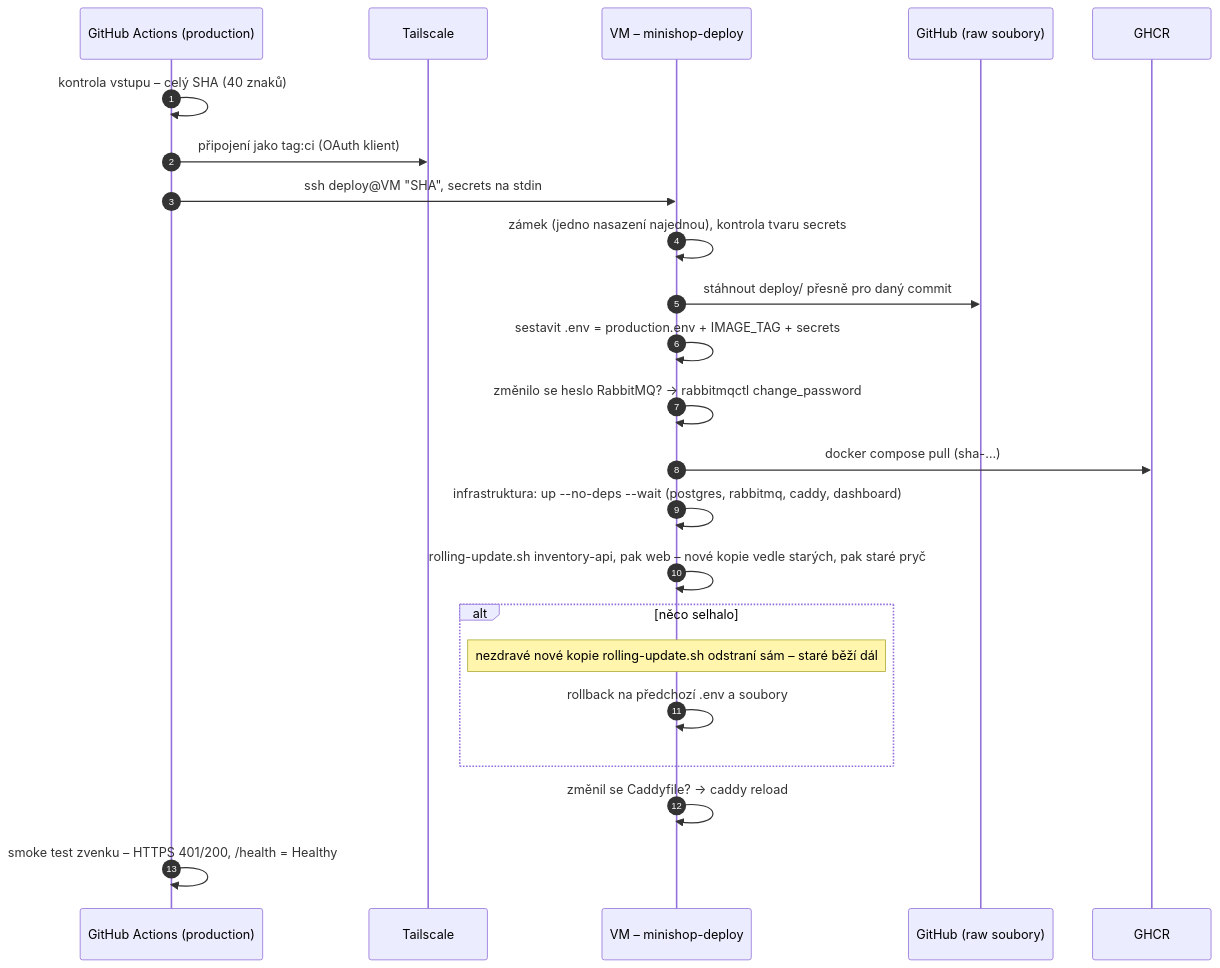
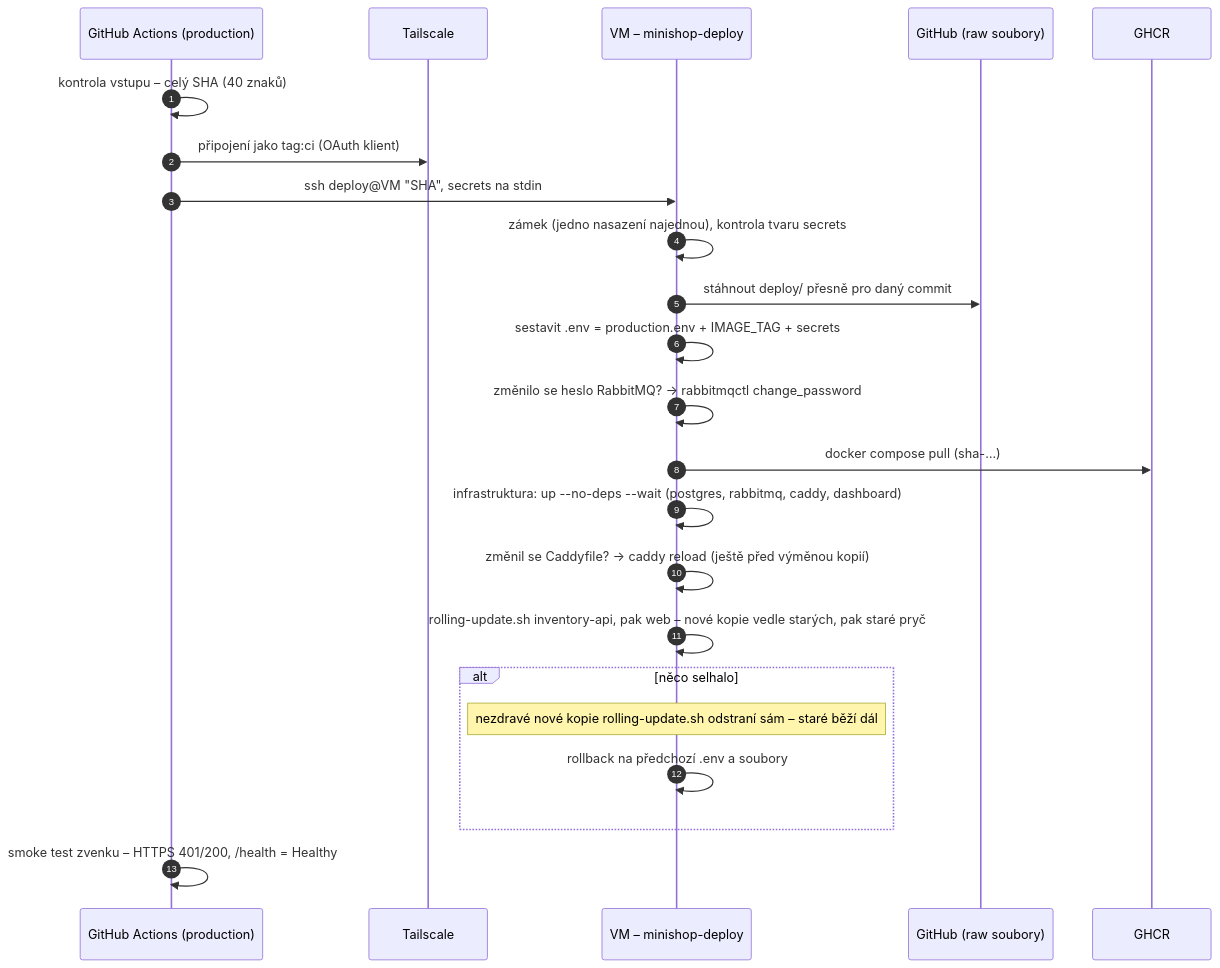
One commit to ftichy/MiniShop changed the first of 2 diagrams in docs/prirucka/github/cd.md. Above: the diagram before and after it, drawn with Mermaid. The commit also changed other lines of this file and 3 other files, not shown here.

First line of the commit message:
SCALING STEP5B: Caddyfile načíst před výměnou kopií

````diff
--- a/docs/prirucka/github/cd.md
+++ b/docs/prirucka/github/cd.md
@@ -14,26 +14,26 @@
 ```mermaid
 sequenceDiagram
     autonumber
     participant GA as GitHub Actions (production)
     participant TS as Tailscale
     participant VM as VM – minishop-deploy
     participant GH as GitHub (raw soubory)
     participant R as GHCR
 
     GA->>GA: kontrola vstupu – celý SHA (40 znaků)
     GA->>TS: připojení jako tag:ci (OAuth klient)
     GA->>VM: ssh deploy@VM "SHA", secrets na stdin
     VM->>VM: zámek (jedno nasazení najednou), kontrola tvaru secrets
     VM->>GH: stáhnout deploy/ přesně pro daný commit
     VM->>VM: sestavit .env = production.env + IMAGE_TAG + secrets
     VM->>VM: změnilo se heslo RabbitMQ? → rabbitmqctl change_password
     VM->>R: docker compose pull (sha-…)
     VM->>VM: infrastruktura: up --no-deps --wait (postgres, rabbitmq, caddy, dashboard)
+    VM->>VM: změnil se Caddyfile? → caddy reload (ještě před výměnou kopií)
     VM->>VM: rolling-update.sh inventory-api, pak web – nové kopie vedle starých, pak staré pryč
     alt něco selhalo
         Note over VM: nezdravé nové kopie rolling-update.sh odstraní sám – staré běží dál
         VM->>VM: rollback na předchozí .env a soubory
     end
-    VM->>VM: změnil se Caddyfile? → caddy reload
     GA->>GA: smoke test zvenku – HTTPS 401/200, /health = Healthy
 ```
````
